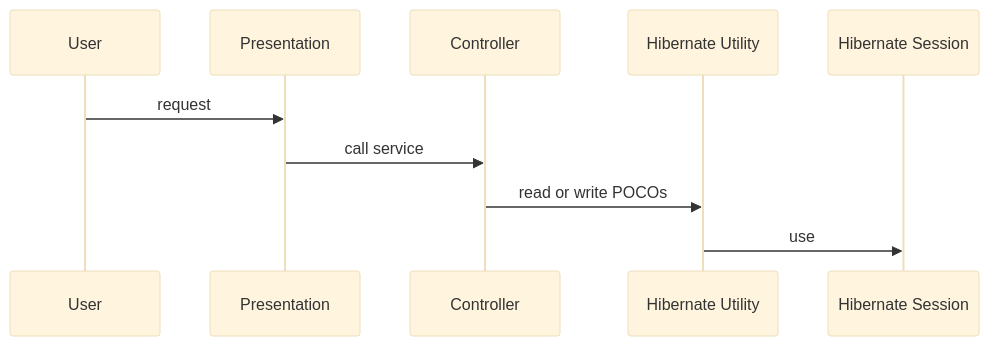
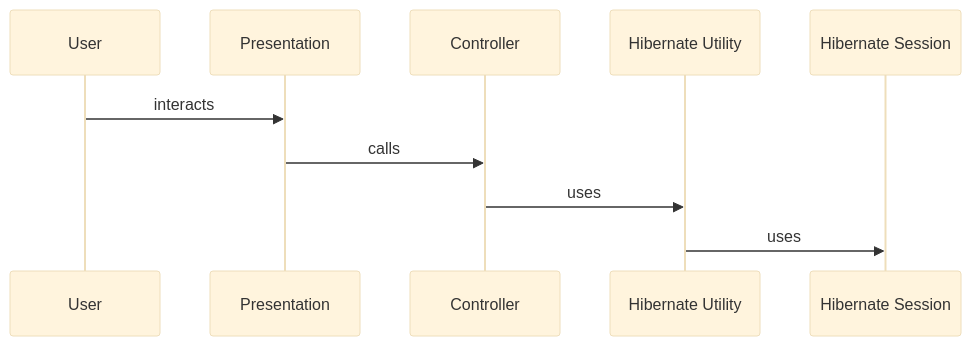
The diagram in _posts/2004/2004-09-16-hibernate-2.md (tewarid/tewarid.github.io), drawn with Mermaid (base theme) before and after one commit.

Commit message:
edit sequence diagram

```diff
--- a/_posts/2004/2004-09-16-hibernate-2.md
+++ b/_posts/2004/2004-09-16-hibernate-2.md
@@ -28,9 +28,9 @@
 <div class="mermaid">
 sequenceDiagram
-    User->>Presentation: request
-    Presentation->>Controller: call service
+    User->>Presentation: interacts
+    Presentation->>Controller: calls
     participant Utility as Hibernate Utility
+    Controller->>Utility: uses
     participant Session as Hibernate Session
-    Controller->>Utility: read or write POCOs
-    Utility->>Session: use
+    Utility->>Session: uses
 </div>
```
